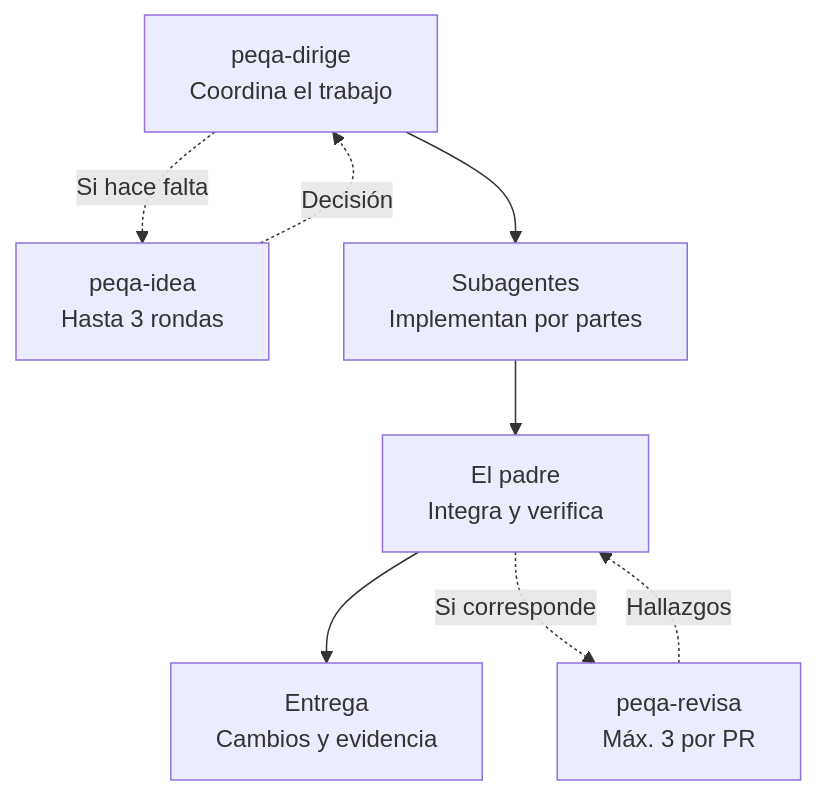
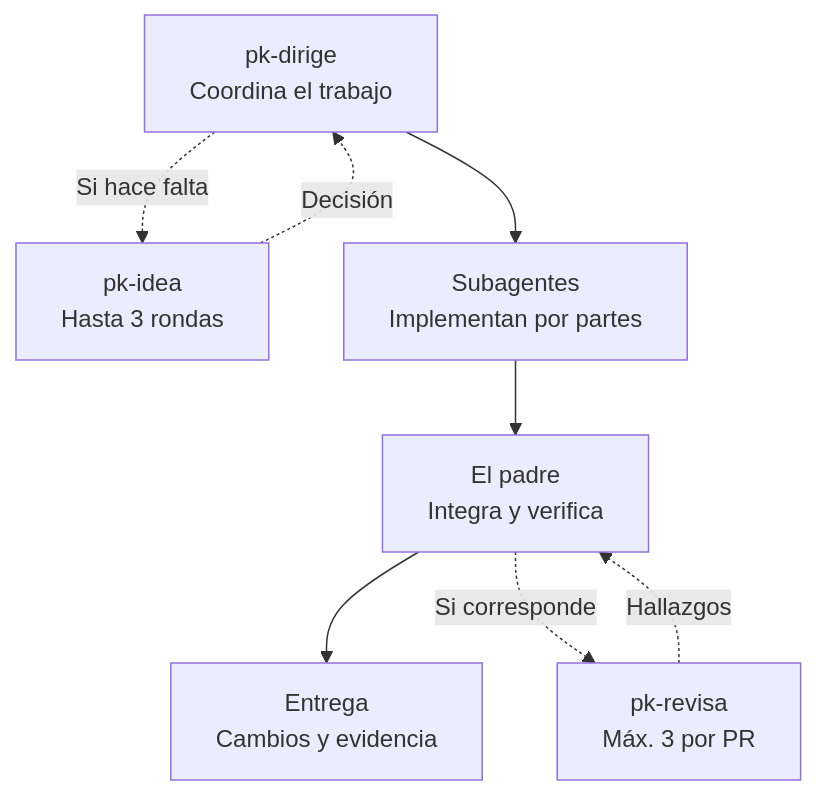
The first of 2 diagrams in README.md (peqa-ai/peqa-workflows), drawn with Mermaid before and after one commit. The commit also changed other lines of this file and 27 other files, not shown here.

````diff
--- a/README.md
+++ b/README.md
@@ -11,18 +11,18 @@
 ```mermaid
 flowchart TD
     accTitle: Coordinación de una implementación con PEQA
-    accDescr: El padre coordina subagentes, integra y verifica su trabajo. Puede consultar peqa-idea para decisiones y peqa-revisa para una revisión independiente. Ambos devuelven sus resultados al padre, que conserva la responsabilidad de entregar.
+    accDescr: El padre coordina subagentes, integra y verifica su trabajo. Puede consultar pk-idea para decisiones y pk-revisa para una revisión independiente. Ambos devuelven sus resultados al padre, que conserva la responsabilidad de entregar.
 
-    dirige["peqa-dirige<br/>Coordina el trabajo"]
-    idea["peqa-idea<br/>Hasta 3 rondas"]
+    dirige["pk-dirige<br/>Coordina el trabajo"]
+    idea["pk-idea<br/>Hasta 3 rondas"]
     agentes["Subagentes<br/>Implementan por partes"]
     padre["El padre<br/>Integra y verifica"]
-    revisa["peqa-revisa<br/>Máx. 3 por PR"]
+    revisa["pk-revisa<br/>Máx. 3 por PR"]
     entrega["Entrega<br/>Cambios y evidencia"]
 
     dirige -. "Si hace falta" .-> idea
     idea -. "Decisión" .-> dirige
     dirige --> agentes --> padre --> entrega
     padre -. "Si corresponde" .-> revisa
     revisa -. "Hallazgos" .-> padre
 ```
````
